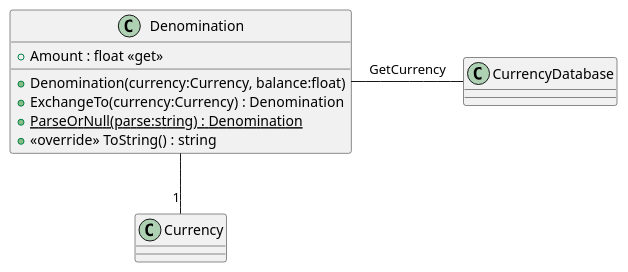
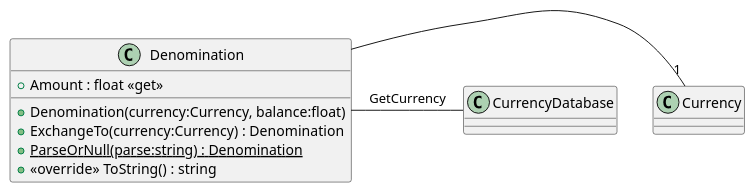
The diagram in TM_Lab_1/UMLParts/Denomination.puml (john-bartu/cut-oot), drawn with PlantUML before and after one commit. The commit also changed 1 other file, not shown here.

Commit message:
UML layout change

```diff
--- a/TM_Lab_1/UMLParts/Denomination.puml
+++ b/TM_Lab_1/UMLParts/Denomination.puml
@@ -1,14 +1,14 @@
 @startuml
 class Denomination {
 '    + Currency : Currency <<get>>
     + Denomination(currency:Currency, balance:float)
     + Amount : float <<get>>
     + ExchangeTo(currency:Currency) : Denomination
     + {static} ParseOrNull(parse:string) : Denomination
     + <<override>> ToString() : string
 }
 
 
-Denomination -- "1" Currency
+Denomination - "1" Currency
 Denomination - CurrencyDatabase : GetCurrency
 @enduml
```
